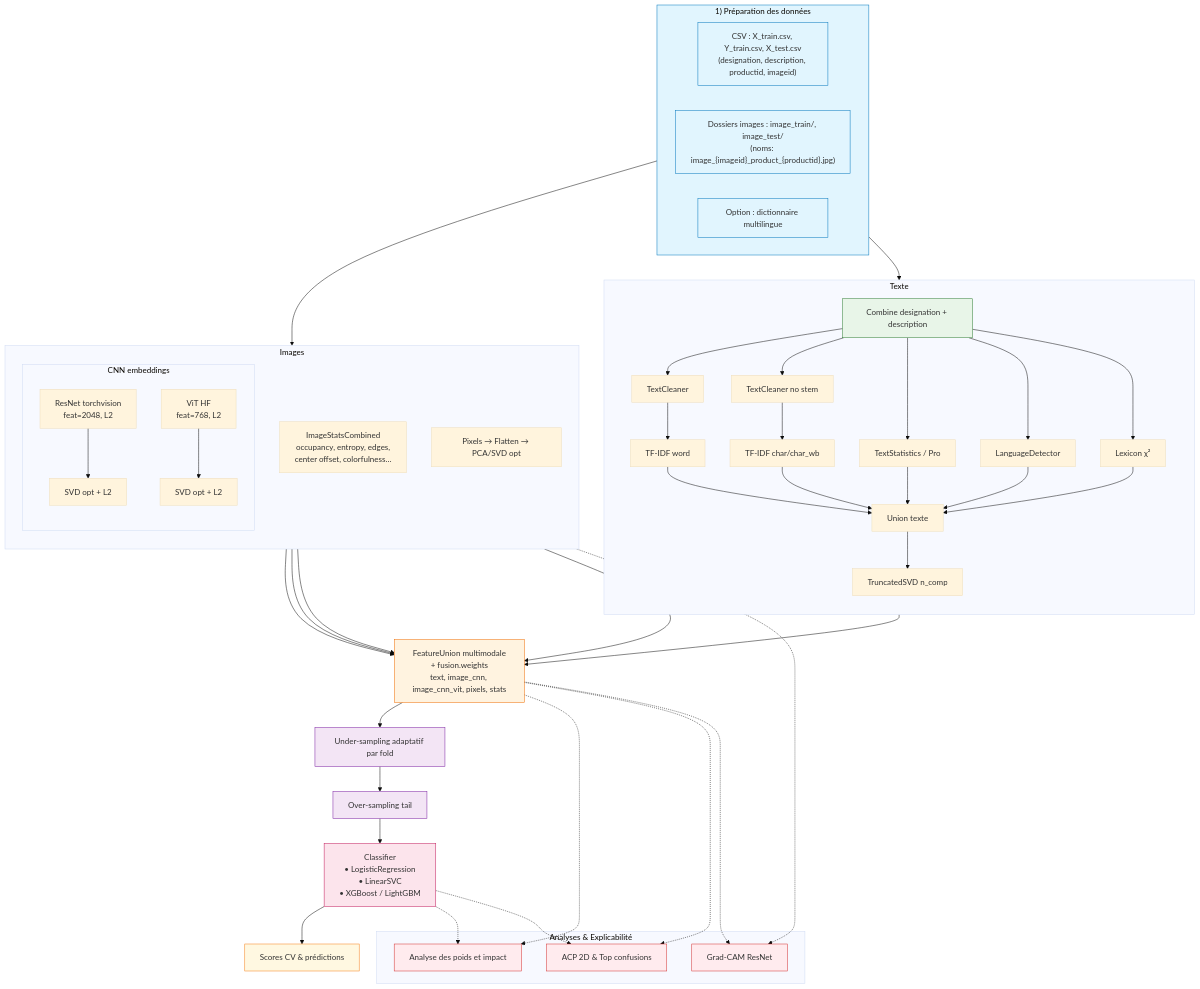
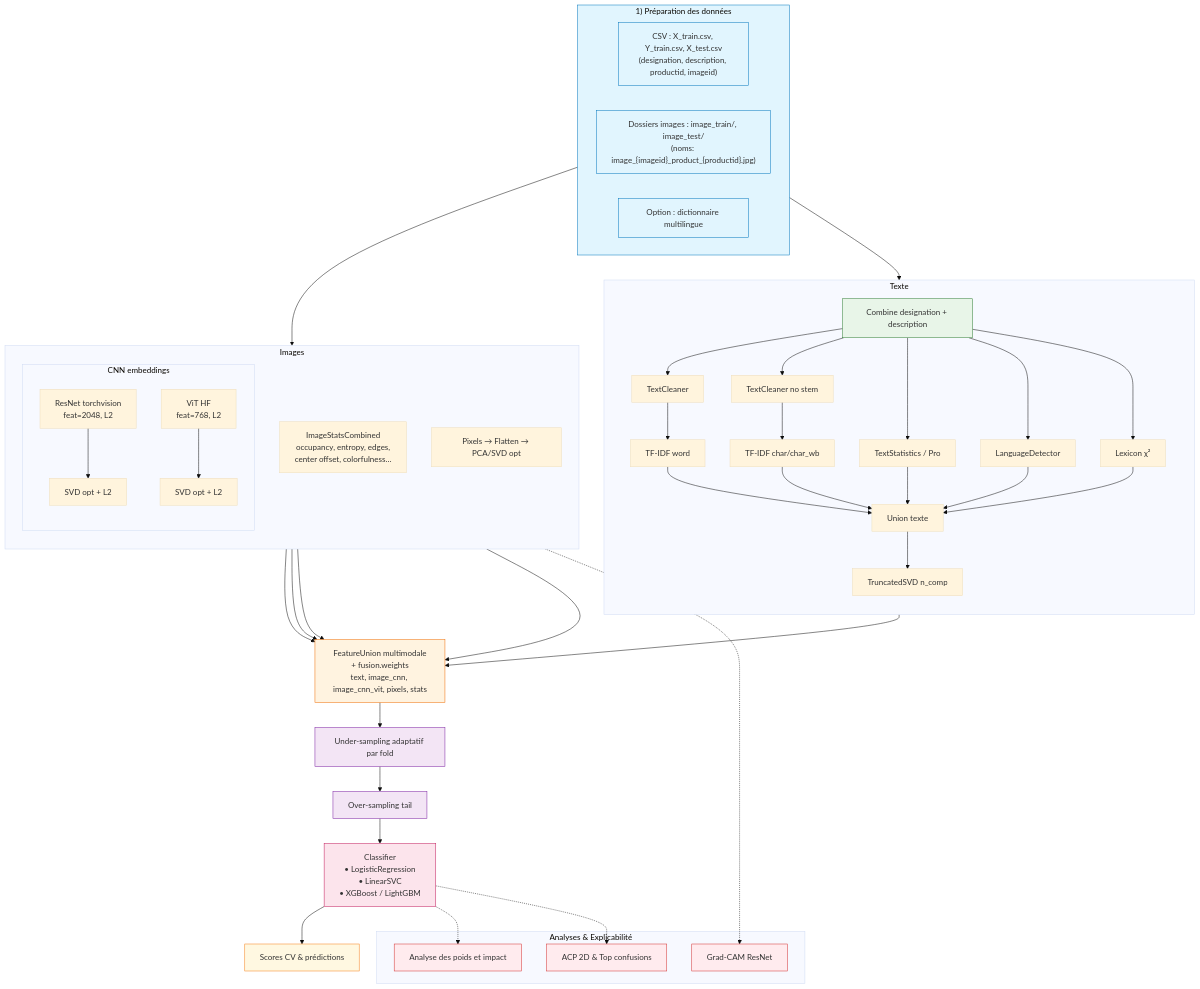
The first of 2 diagrams in README.md (ghjulia01/Rakuten), drawn with Mermaid (base theme) before and after one commit.

```diff
--- a/README.md
+++ b/README.md
@@ -200,9 +200,6 @@
   CLF --> OUT[Scores CV & prédictions]
 
   %% ANALYSES HOOKS
-  FUSION -.-> X1
-  FUSION -.-> X2
-  FUSION -.-> X3
   CLF -.-> X1
   CLF -.-> X2
   R50 -.-> X3
```
